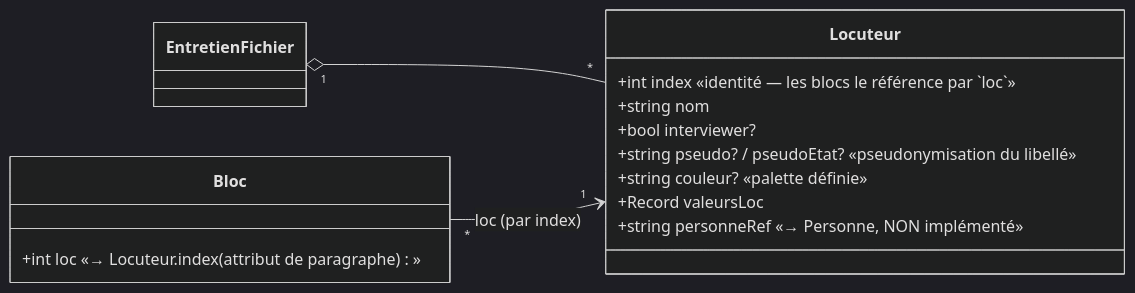
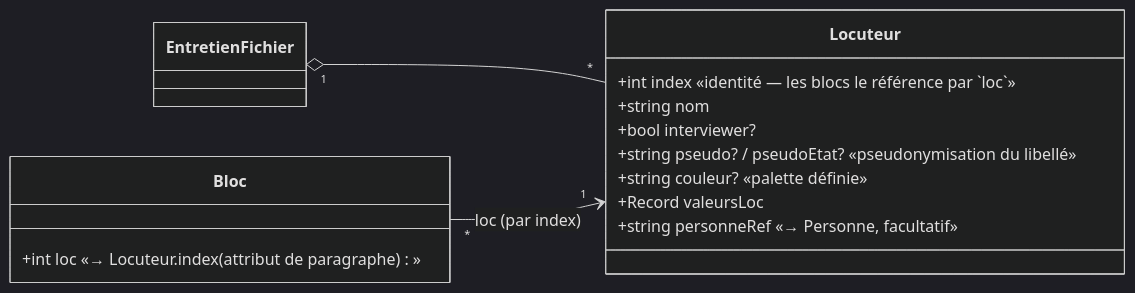
One commit to AlxAlbr/SonalPi changed the sixth of 9 diagrams in docs/dev/modele-objet.md. Above: the diagram before and after it, drawn with Mermaid (dark theme). The commit also changed other lines of this file and 32 other files, not shown here.

````diff
--- a/docs/dev/modele-objet.md
+++ b/docs/dev/modele-objet.md
@@ -411,23 +411,23 @@
 ```mermaid
 classDiagram
     direction LR
 
     class EntretienFichier
 
     class Locuteur {
         +int index «identité — les blocs le référence par `loc`»
         +string nom
         +bool interviewer?
         +string pseudo? / pseudoEtat? «pseudonymisation du libellé»
         +string couleur? «palette définie»
         +Record valeursLoc
-        +string personneRef «→ Personne, NON implémenté»
+        +string personneRef «→ Personne, facultatif»
     }
 
     class Bloc {
         +int loc «→ Locuteur.index (attribut de paragraphe)»
     }
 
     EntretienFichier "1" o-- "*" Locuteur
     Bloc "*" --> "1" Locuteur : loc (par index)
 ```
````
